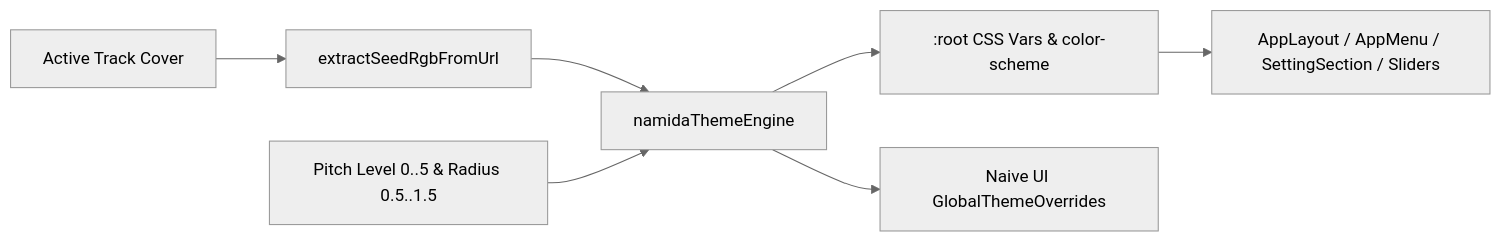
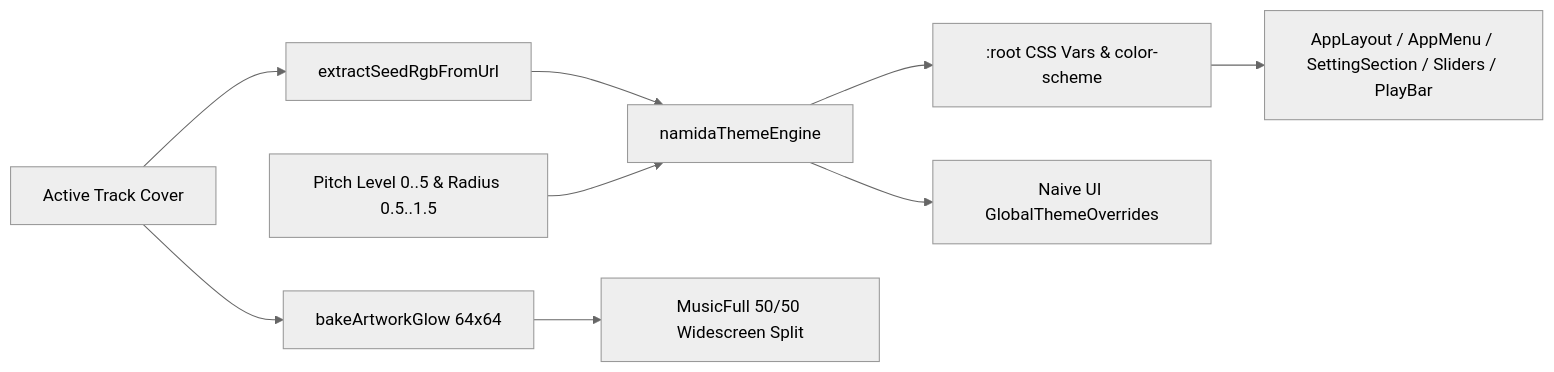
The third of 3 diagrams in docs/ARCHITECTURE.md (Mostakim2005/music-manager), drawn with Mermaid (neutral theme) before and after one commit. The commit also changed other lines of this file and 12 other files, not shown here.

Commit message:
feat(player): add Namida 50/50 widescreen player, baked artwork glow, seek-poke, frosted playbar, and collage cards

````diff
--- a/docs/ARCHITECTURE.md
+++ b/docs/ARCHITECTURE.md
@@ -122,9 +122,11 @@
 ```mermaid
 flowchart LR
     ART[Active Track Cover] --> EXT[extractSeedRgbFromUrl]
+    ART --> GLOW[bakeArtworkGlow 64x64]
     EXT --> ENG[namidaThemeEngine]
     SET[Pitch Level 0..5 & Radius 0.5..1.5] --> ENG
     ENG --> ROOT[:root CSS Vars & color-scheme]
     ENG --> NUI[Naive UI GlobalThemeOverrides]
-    ROOT --> SHELL[AppLayout / AppMenu / SettingSection / Sliders]
+    ROOT --> SHELL[AppLayout / AppMenu / SettingSection / Sliders / PlayBar]
+    GLOW --> MF[MusicFull 50/50 Widescreen Split]
 ```
````
